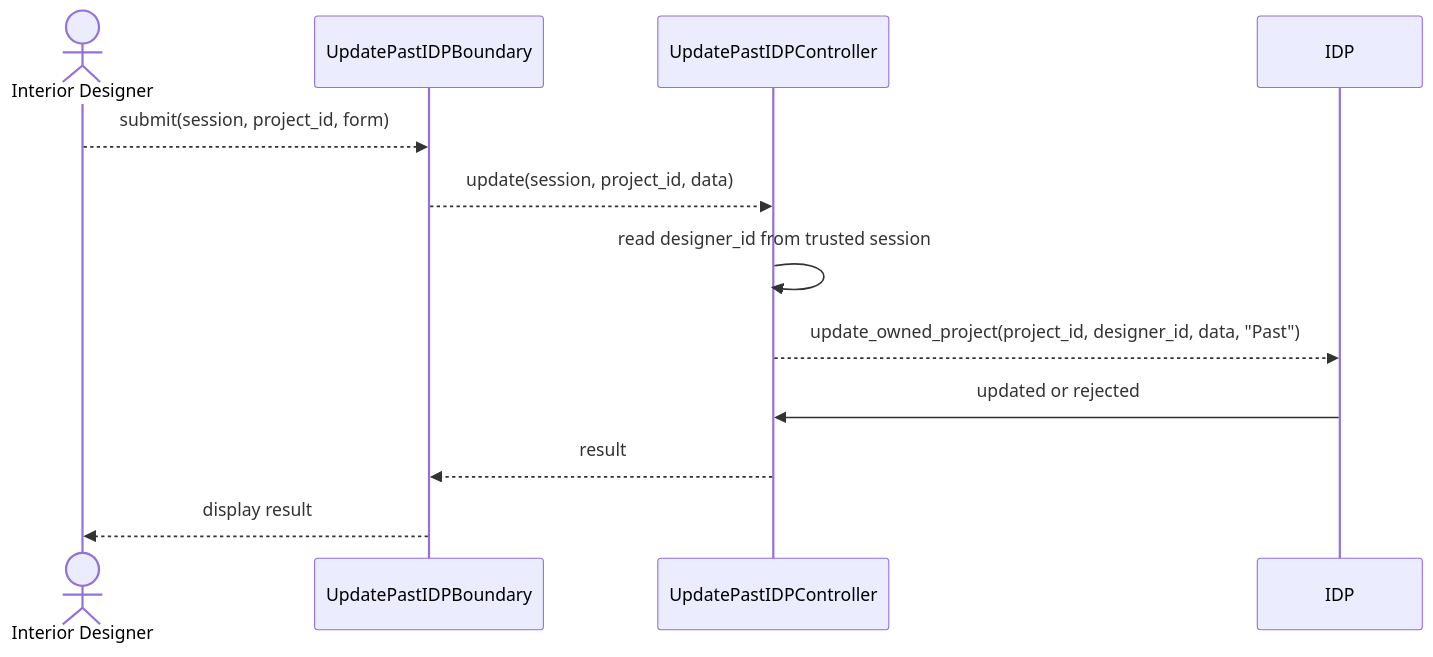
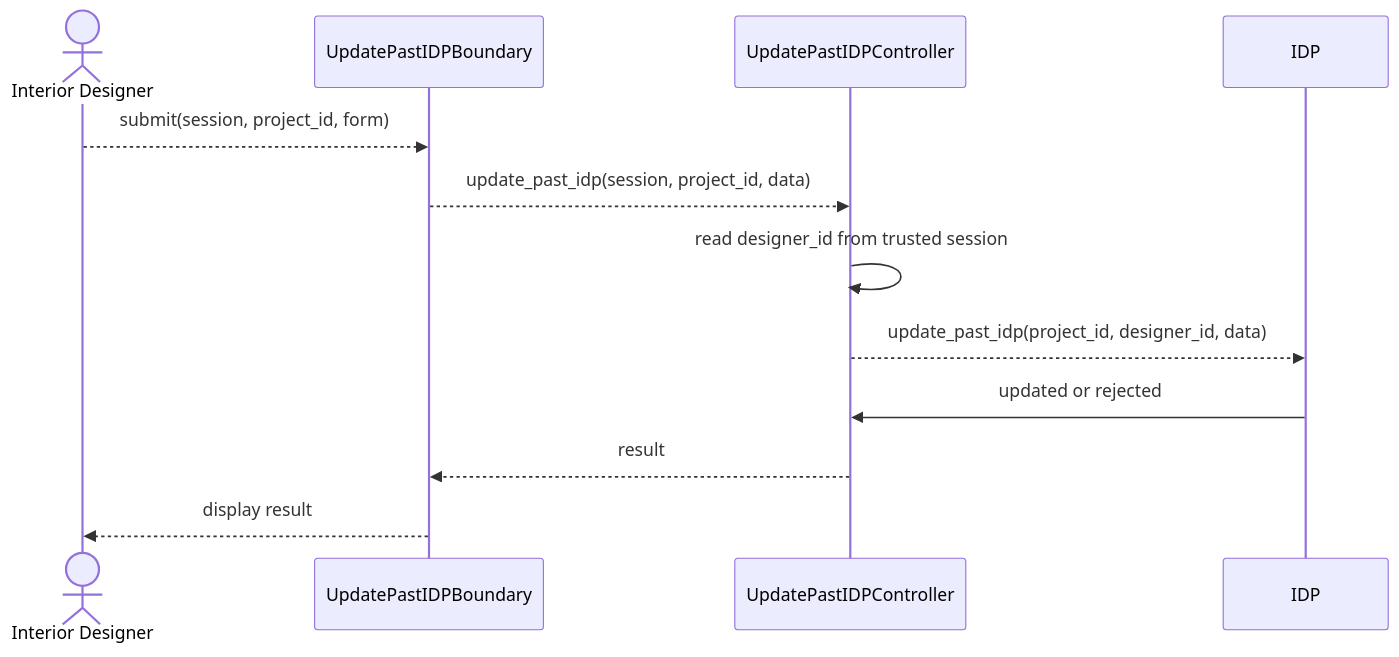
The diagram in diagrams/US27_Update_Past_IDP/Sequence.mmd (boyinapuddle/CSIT314-Chinese), drawn with Mermaid before and after one commit. The commit also changed 140 other files, not shown here.

```diff
--- a/diagrams/US27_Update_Past_IDP/Sequence.mmd
+++ b/diagrams/US27_Update_Past_IDP/Sequence.mmd
@@ -1,12 +1,12 @@
 sequenceDiagram
     actor P0 as Interior Designer
     participant P1 as UpdatePastIDPBoundary
     participant P2 as UpdatePastIDPController
     participant P3 as IDP
     P0-->>P1: submit(session, project_id, form)
-    P1-->>P2: update(session, project_id, data)
+    P1-->>P2: update_past_idp(session, project_id, data)
     P2->>P2: read designer_id from trusted session
-    P2-->>P3: update_owned_project(project_id, designer_id, data, "Past")
+    P2-->>P3: update_past_idp(project_id, designer_id, data)
     P3->>P2: updated or rejected
     P2-->>P1: result
     P1-->>P0: display result
```
